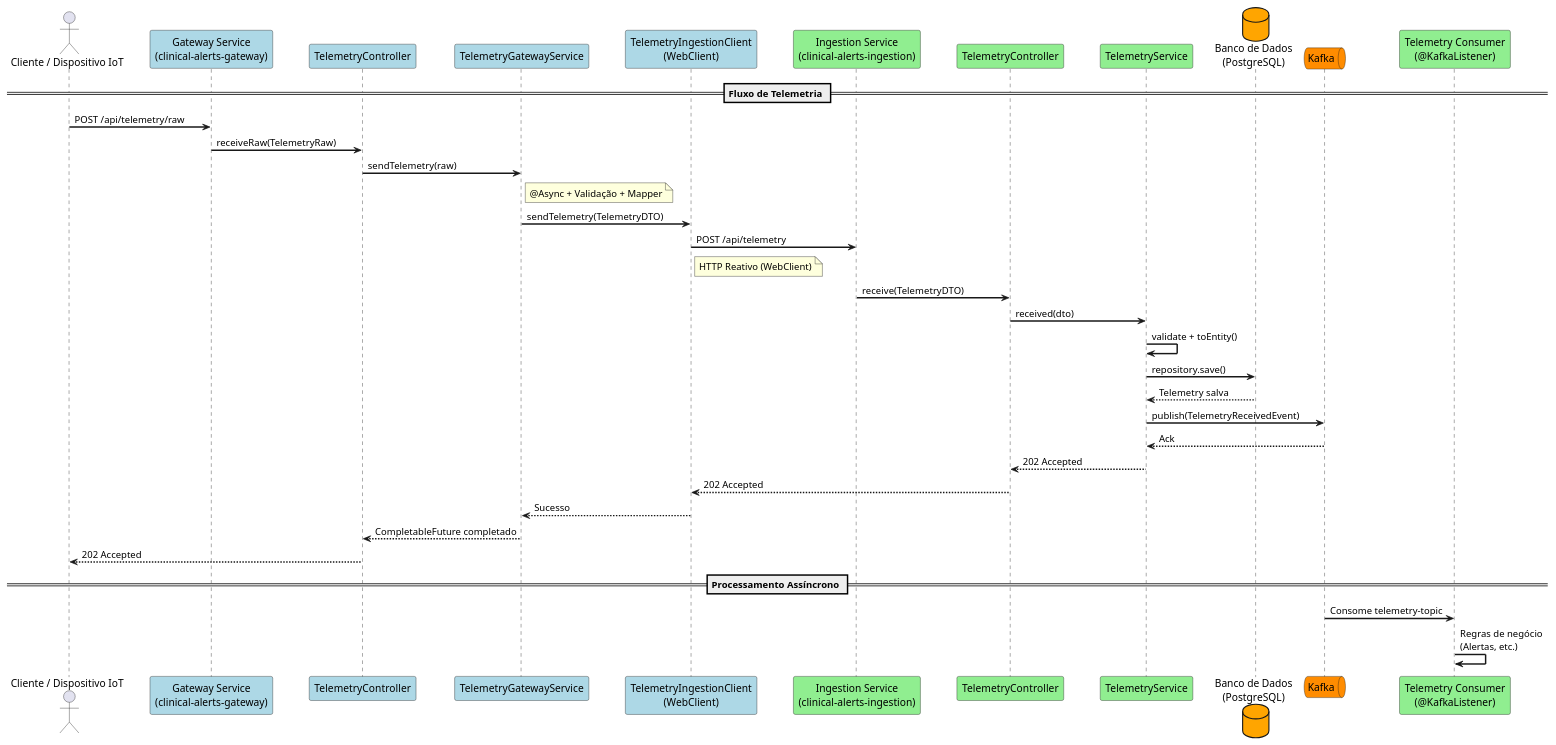
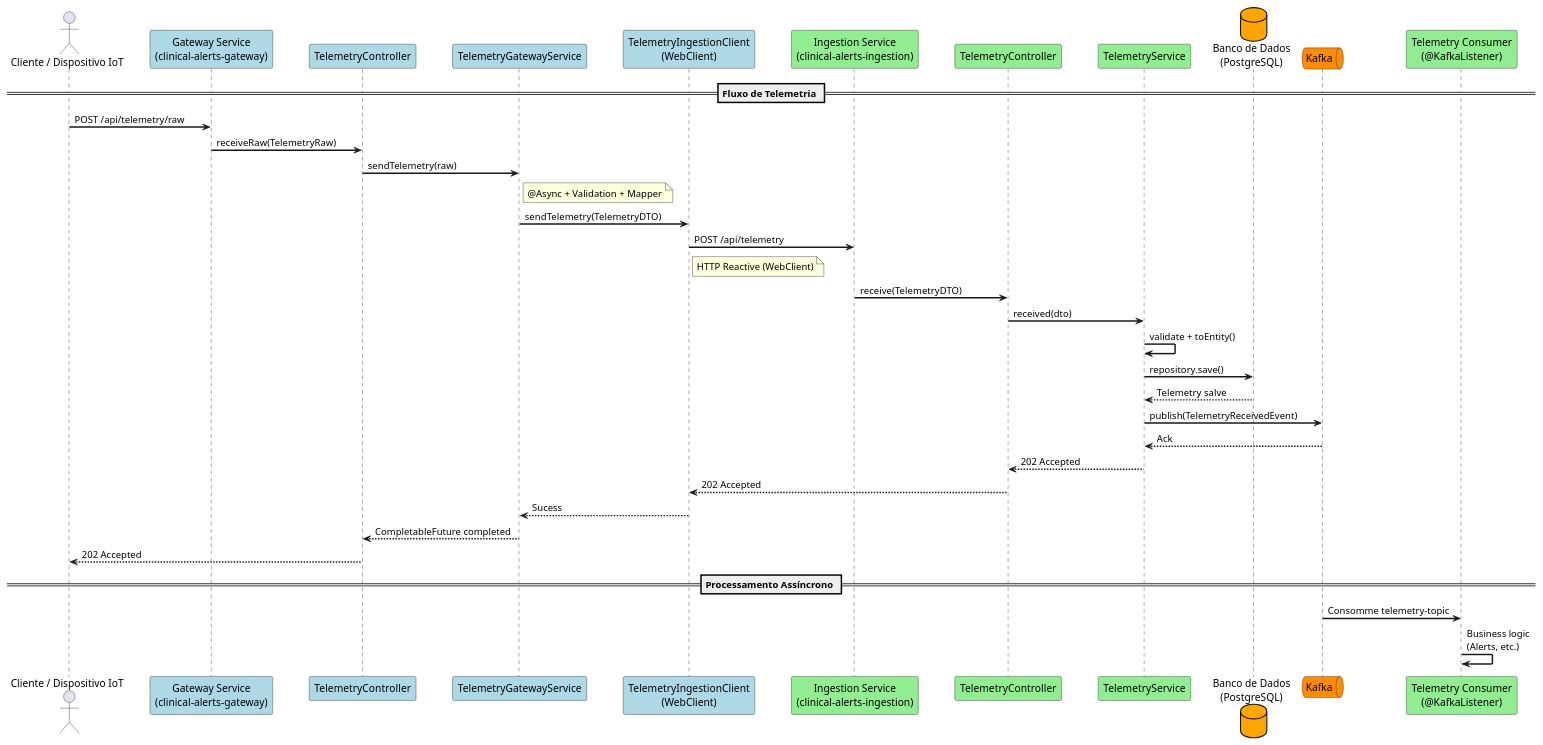
One commit to Caiza/clinical-alerts changed the diagram in Diagram_2.puml. Above: the diagram before and after it, drawn with PlantUML. The commit also changed 84 other files, not shown here.

```diff
--- a/Diagram_2.puml
+++ b/Diagram_2.puml
@@ -1,54 +1,54 @@
 @startuml
 'https://plantuml.com/sequence-diagram
 
 skinparam sequenceArrowThickness 2
 skinparam ParticipantPadding 20
 skinparam BoxPadding 20
 
 actor Client as "Cliente / Dispositivo IoT"
 participant Gateway as "Gateway Service\n(clinical-alerts-gateway)" #lightblue
 participant GController as "TelemetryController" #lightblue
 participant GService as "TelemetryGatewayService" #lightblue
 participant WebClient as "TelemetryIngestionClient\n(WebClient)" #lightblue
 participant Ingestion as "Ingestion Service\n(clinical-alerts-ingestion)" #lightgreen
 participant IController as "TelemetryController" #lightgreen
 participant IService as "TelemetryService" #lightgreen
 database DB as "Banco de Dados\n(PostgreSQL)" #orange
 queue Kafka as "Kafka" #darkorange
 participant Consumer as "Telemetry Consumer\n(@KafkaListener)" #lightgreen
 
 == Fluxo de Telemetria ==
 
 Client -> Gateway: POST /api/telemetry/raw
 Gateway -> GController: receiveRaw(TelemetryRaw)
 GController -> GService: sendTelemetry(raw)
 
 note right of GService
-  @Async + Validação + Mapper
+  @Async + Validation + Mapper
 end note
 
 GService -> WebClient: sendTelemetry(TelemetryDTO)
 WebClient -> Ingestion: POST /api/telemetry
-note right of WebClient: HTTP Reativo (WebClient)
+note right of WebClient: HTTP Reactive (WebClient)
 
 Ingestion -> IController: receive(TelemetryDTO)
 IController -> IService: received(dto)
 
 IService -> IService: validate + toEntity()
 IService -> DB: repository.save()
-DB --> IService: Telemetry salva
+DB --> IService: Telemetry salve
 
 IService -> Kafka: publish(TelemetryReceivedEvent)
 Kafka --> IService: Ack
 
 IService --> IController: 202 Accepted
 IController --> WebClient: 202 Accepted
-WebClient --> GService: Sucesso
-GService --> GController: CompletableFuture completado
+WebClient --> GService: Sucess
+GService --> GController: CompletableFuture completed
 GController --> Client: 202 Accepted
 
 == Processamento Assíncrono ==
 
-Kafka -> Consumer: Consome telemetry-topic
-Consumer -> Consumer: Regras de negócio\n(Alertas, etc.)
+Kafka -> Consumer: Consomme telemetry-topic
+Consumer -> Consumer: Business logic\n(Alerts, etc.)
 @enduml
```
